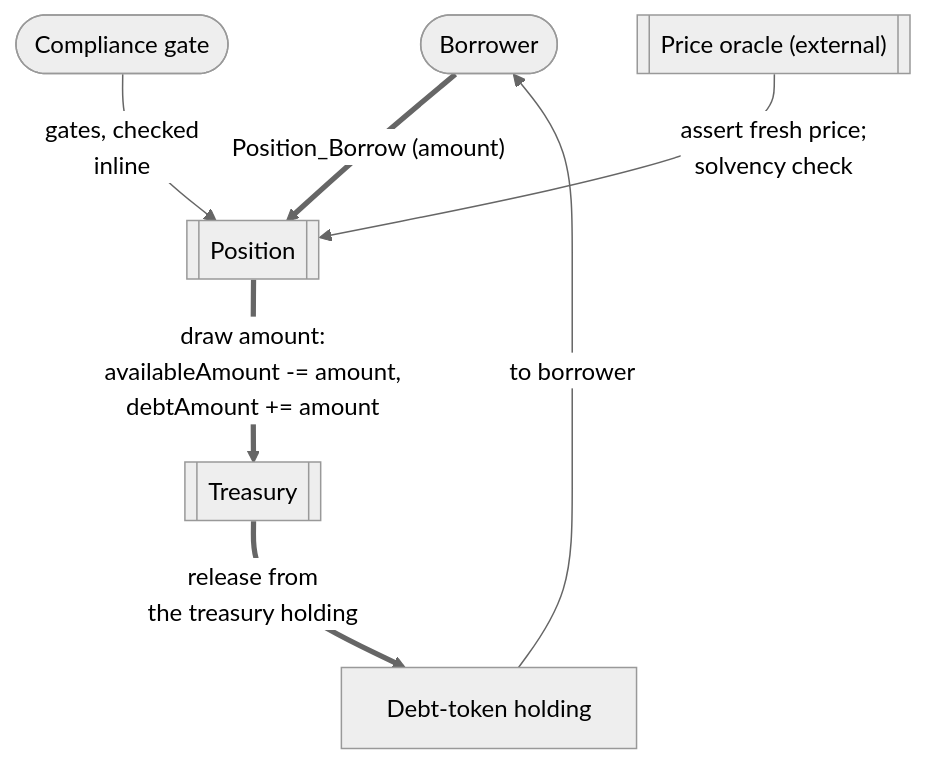
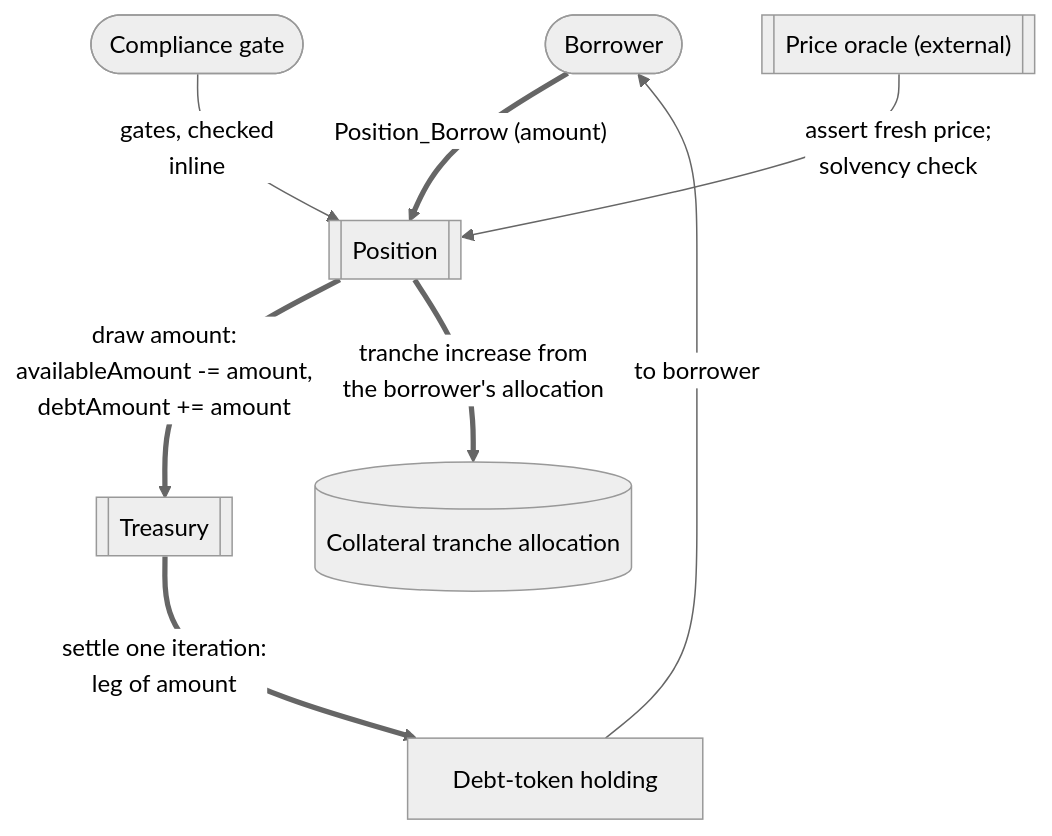
One commit to OpenZeppelin/canton-specs changed the third of 8 diagrams in docs/reference-architectures/lending.md. Above: the diagram before and after it, drawn with Mermaid (neutral theme). The commit also changed other lines of this file, not shown here.

Commit message:
Change allocation model to committed iterated allocations owned by funder and borrower, and rebalancing between them.

````diff
--- a/docs/reference-architectures/lending.md
+++ b/docs/reference-architectures/lending.md
@@ -285,16 +294,18 @@
 ```mermaid
 flowchart TD
     Borrower([Borrower])
     Compliance(["Compliance gate"])
     Oracle[["Price oracle (external)"]]
     Position[["Position"]]
     Treasury[["Treasury"]]
     Coin["Debt-token holding"]
+    Tranche[("Collateral tranche allocation")]
 
     Borrower ==>|"Position_Borrow (amount)"| Position
     Compliance -->|"gates, checked<br/>inline"| Position
     Oracle -->|"assert fresh price;<br/>solvency check"| Position
     Position ==>|"draw amount:<br/>availableAmount -= amount,<br/>debtAmount += amount"| Treasury
-    Treasury ==>|"release from<br/>the treasury holding"| Coin
+    Treasury ==>|"settle one iteration:<br/>leg of amount"| Coin
     Coin -->|"to borrower"| Borrower
+    Position ==>|"tranche increase from<br/>the borrower's allocation"| Tranche
 ```
````
